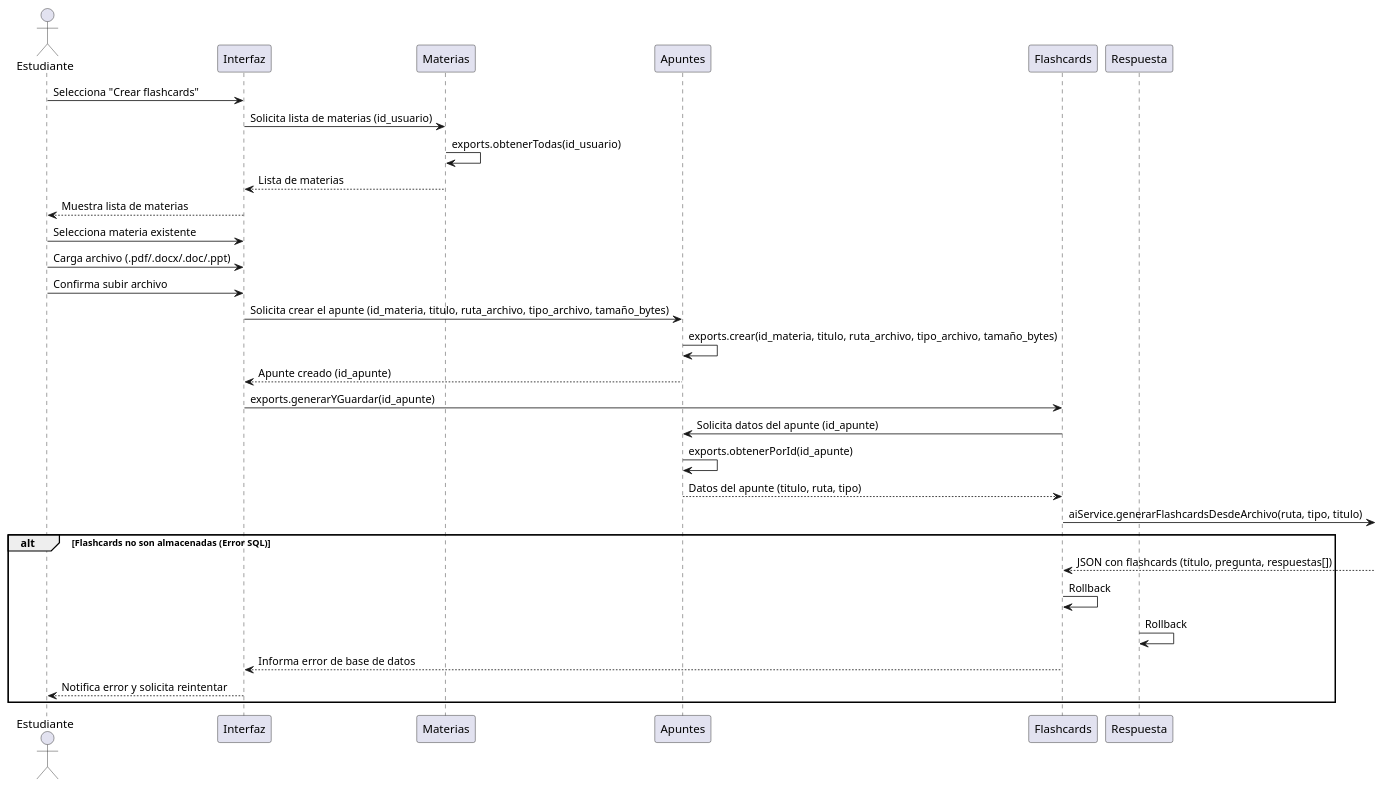
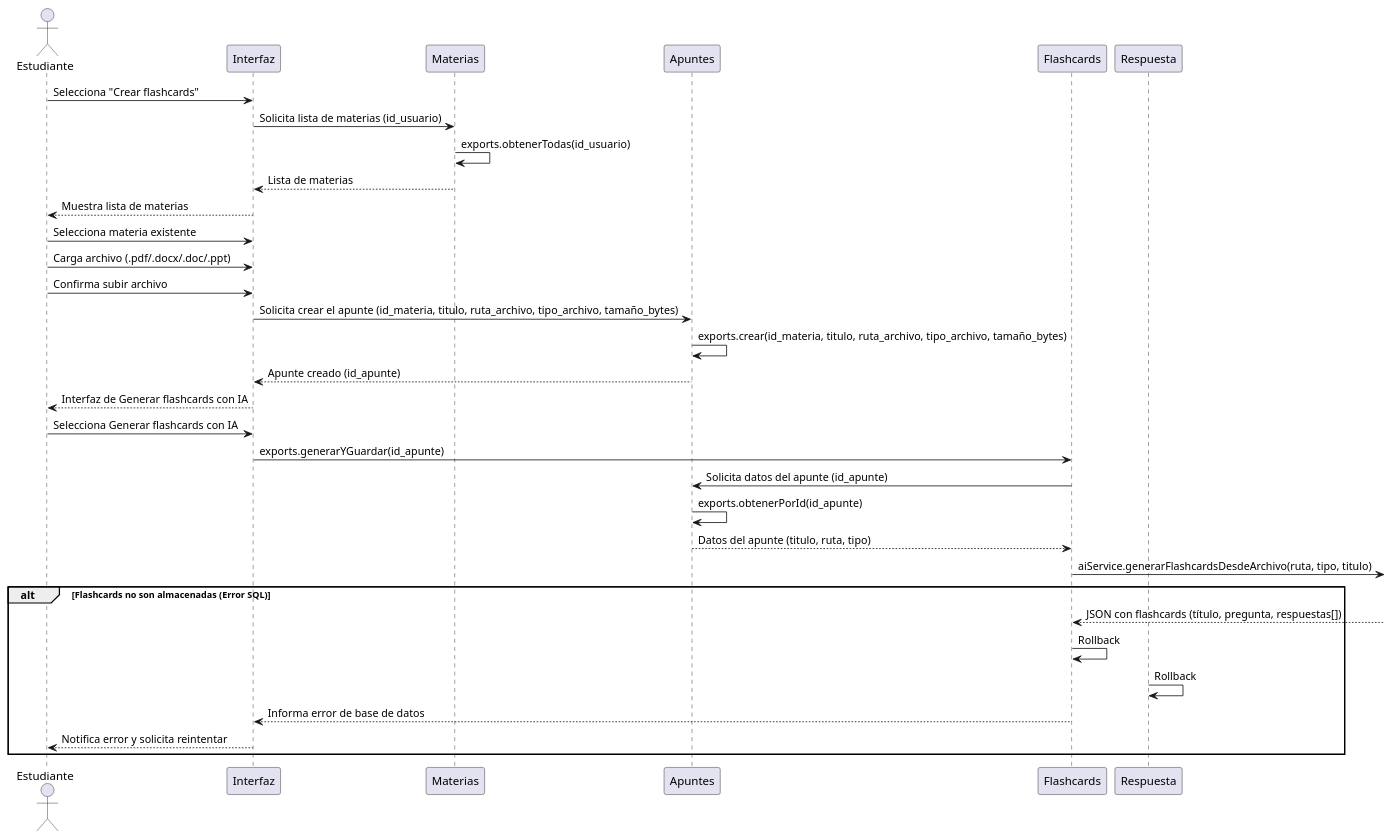
The diagram in CA5-CrearFlashcardCORREGIDO.puml (ByWildFrank/Ingenier-a-de-Software-2---StudIA), drawn with PlantUML before and after one commit. The commit also changed 4 other files, not shown here.

Commit message:
docs: update sequence diagrams with file validation flow and AI generation triggers

```diff
--- a/CA5-CrearFlashcardCORREGIDO.puml
+++ b/CA5-CrearFlashcardCORREGIDO.puml
@@ -1,42 +1,44 @@
 @startuml
 actor Estudiante
 participant "Interfaz" as UI
 participant "Materias" as M
 participant "Apuntes" as A 
 participant "Flashcards" as F 
 participant "Respuesta" as R 
 
 
 
 
 ' === FASE 1: Selección de materia ===
 Estudiante -> UI: Selecciona "Crear flashcards"
 UI -> M: Solicita lista de materias (id_usuario)
 M -> M: exports.obtenerTodas(id_usuario)
 M --> UI: Lista de materias
 UI --> Estudiante: Muestra lista de materias
 
 ' === FASE 2: Carga de archivo ===
 Estudiante -> UI: Selecciona materia existente
 Estudiante -> UI: Carga archivo (.pdf/.docx/.doc/.ppt)
 Estudiante -> UI: Confirma subir archivo
 UI -> A: Solicita crear el apunte (id_materia, titulo, ruta_archivo, tipo_archivo, tamaño_bytes)
 A -> A: exports.crear(id_materia, titulo, ruta_archivo, tipo_archivo, tamaño_bytes)
 A --> UI: Apunte creado (id_apunte)
 
 ' === FASE 3: Generación IA de flashcards ===
+UI --> Estudiante: Interfaz de Generar flashcards con IA
+Estudiante -> UI: Selecciona Generar flashcards con IA
 UI -> F: exports.generarYGuardar(id_apunte)
 F -> A: Solicita datos del apunte (id_apunte)
 A -> A: exports.obtenerPorId(id_apunte)
 A --> F: Datos del apunte (titulo, ruta, tipo)
 F ->: aiService.generarFlashcardsDesdeArchivo(ruta, tipo, titulo)
 
 Alt Flashcards no son almacenadas (Error SQL)
     F <--: JSON con flashcards (título, pregunta, respuestas[])
     F -> F: Rollback
     R -> R: Rollback
     F --> UI: Informa error de base de datos
     UI --> Estudiante: Notifica error y solicita reintentar
 end
 
 @enduml
```
